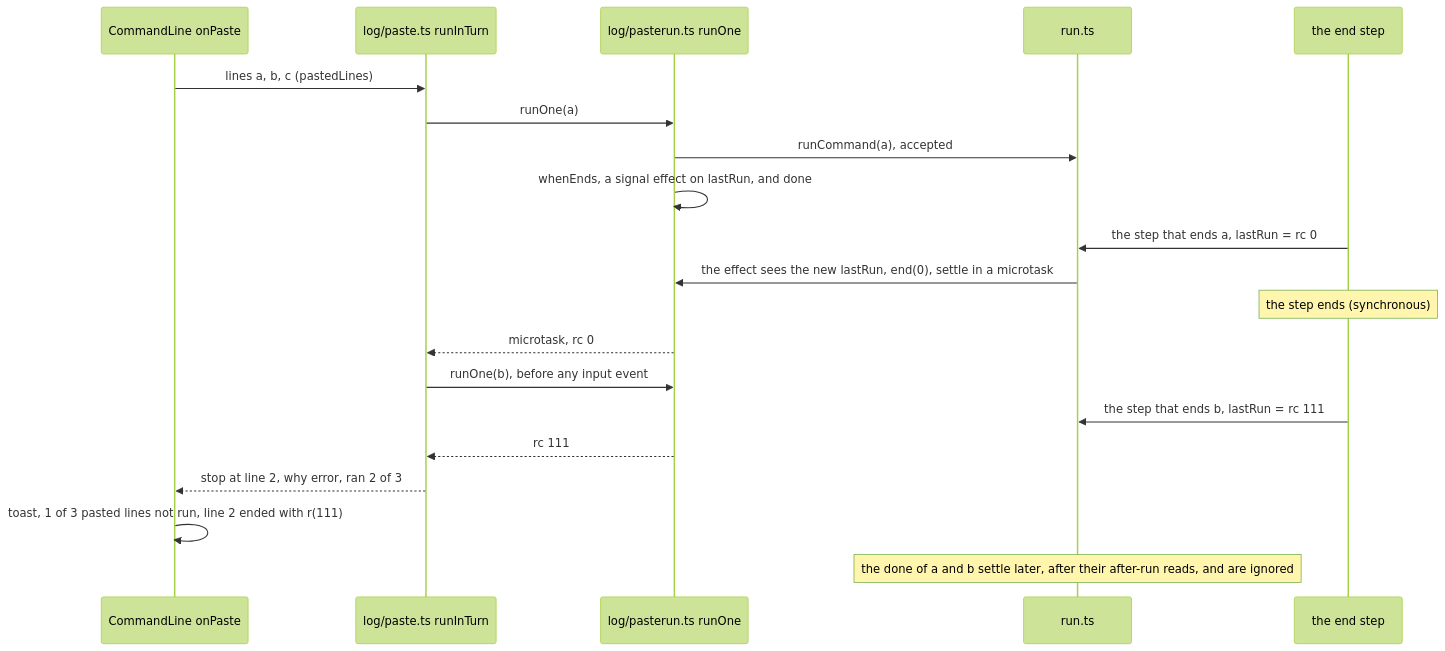
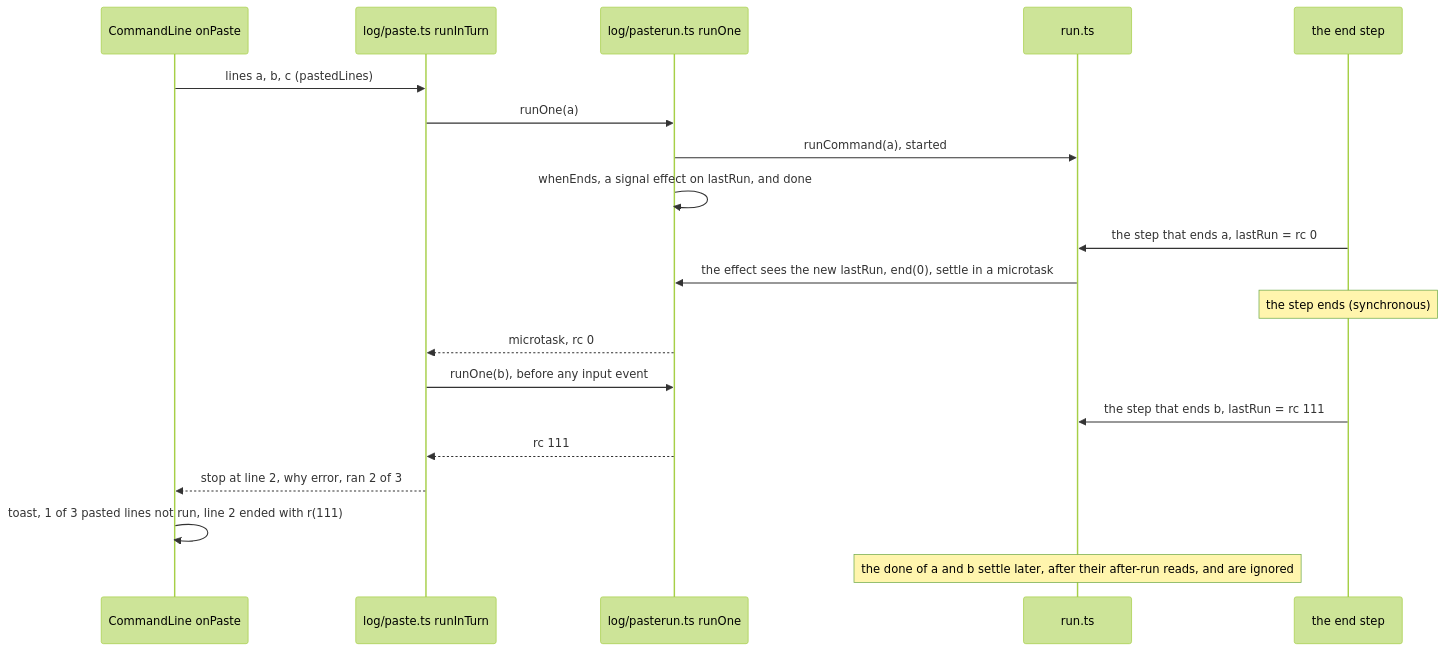
The ninth of 11 diagrams in docs/web-page-flows.md (jeffzyliu/dofile), drawn with Mermaid (forest theme) before and after one commit. The commit also changed other lines of this file and 24 other files, not shown here.

````diff
--- a/docs/web-page-flows.md
+++ b/docs/web-page-flows.md
@@ -414,22 +407,22 @@
 ```mermaid
 sequenceDiagram
   participant CL as CommandLine onPaste
   participant P as log/paste.ts runInTurn
   participant O as log/pasterun.ts runOne
   participant R as run.ts
   participant E as the end step
   CL->>P: lines a, b, c (pastedLines)
   P->>O: runOne(a)
-  O->>R: runCommand(a), accepted
+  O->>R: runCommand(a), started
   O->>O: whenEnds, a signal effect on lastRun, and done
   E->>R: the step that ends a, lastRun = rc 0
   R->>O: the effect sees the new lastRun, end(0), settle in a microtask
   Note over E: the step ends (synchronous)
   O-->>P: microtask, rc 0
   P->>O: runOne(b), before any input event
   E->>R: the step that ends b, lastRun = rc 111
   O-->>P: rc 111
   P-->>CL: stop at line 2, why error, ran 2 of 3
   CL->>CL: toast, 1 of 3 pasted lines not run, line 2 ended with r(111)
   Note over R: the done of a and b settle later, after their after-run reads, and are ignored
 ```
````
